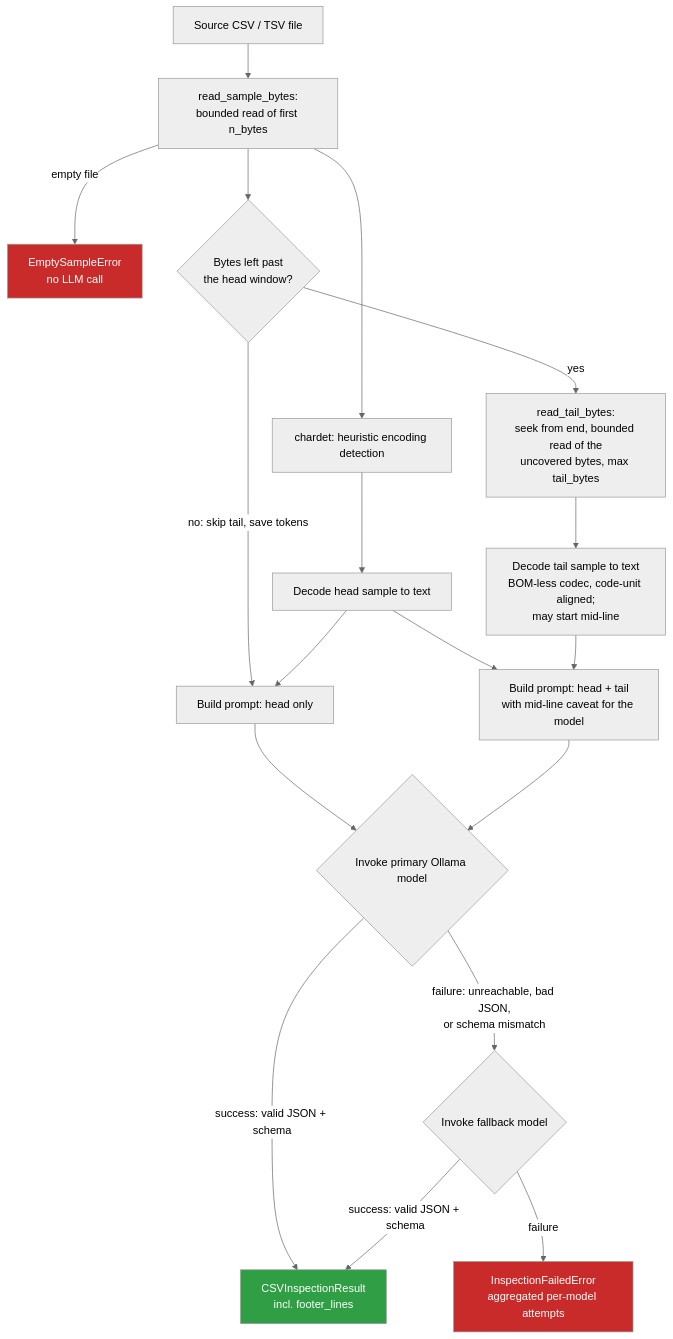
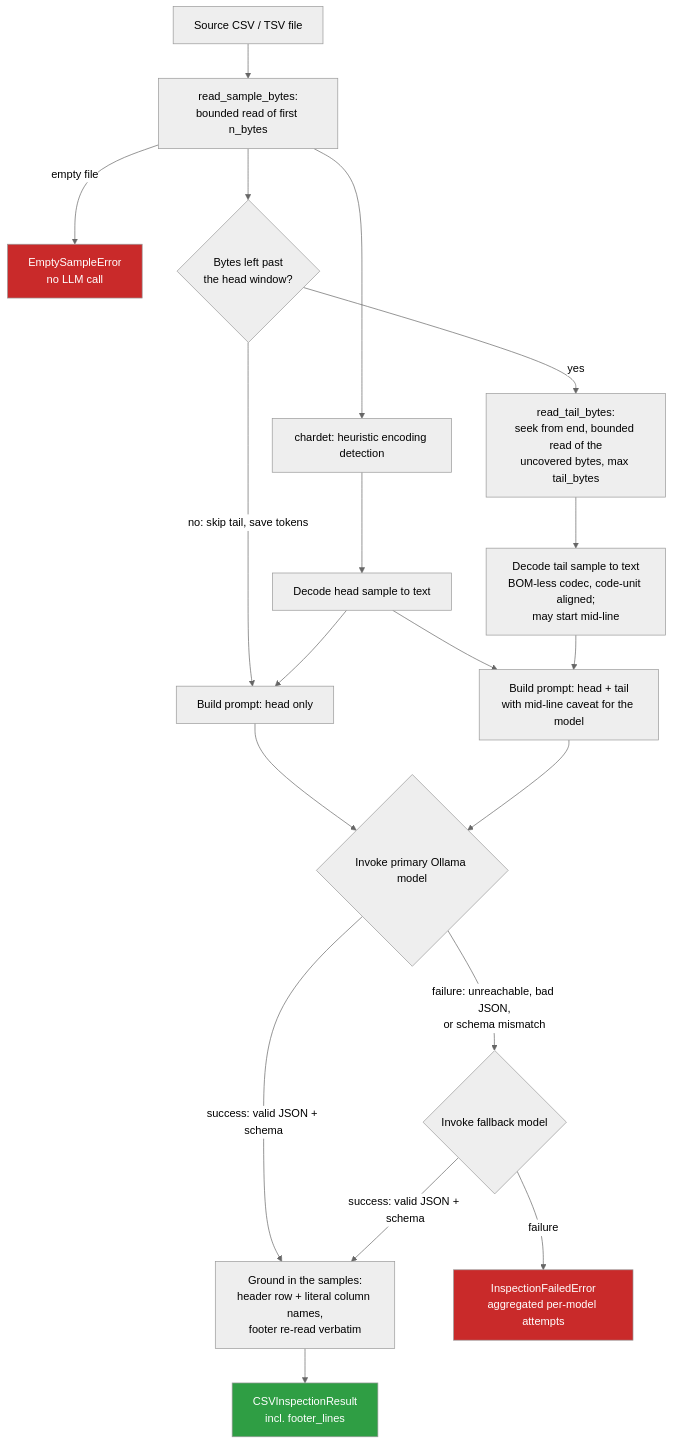
One commit to deluispablo/data-agent-toolkit changed the diagram in README.md. Above: the diagram before and after it, drawn with Mermaid (neutral theme). The commit also changed other lines of this file, not shown here.

First line of the commit message:
Document footer detection, grounding and production-sized fixtures

````diff
--- a/README.md
+++ b/README.md
@@ -89,24 +92,25 @@
 ```mermaid
 flowchart TD
     A[Source CSV / TSV file] --> B[read_sample_bytes:<br/>bounded read of first n_bytes]
     B -->|empty file| X[EmptySampleError<br/>no LLM call]
     B --> C[chardet: heuristic encoding detection]
     C --> D[Decode head sample to text]
     B --> COND{Bytes left past<br/>the head window?}
     COND -->|no: skip tail, save tokens| E1[Build prompt: head only]
     COND -->|yes| T[read_tail_bytes:<br/>seek from end, bounded read of the<br/>uncovered bytes, max tail_bytes]
     T --> T2[Decode tail sample to text<br/>BOM-less codec, code-unit aligned;<br/>may start mid-line]
     D --> E1
     D --> E2[Build prompt: head + tail<br/>with mid-line caveat for the model]
     T2 --> E2
     E1 --> F{Invoke primary Ollama model}
     E2 --> F
-    F -->|success: valid JSON + schema| L[CSVInspectionResult<br/>incl. footer_lines]
+    F -->|success: valid JSON + schema| GR[Ground in the samples:<br/>header row + literal column names,<br/>footer re-read verbatim]
     F -->|failure: unreachable, bad JSON,<br/>or schema mismatch| G{Invoke fallback model}
-    G -->|success: valid JSON + schema| L
+    G -->|success: valid JSON + schema| GR
     G -->|failure| H[InspectionFailedError<br/>aggregated per-model attempts]
+    GR --> L[CSVInspectionResult<br/>incl. footer_lines]
 
     style L fill:#2f9e44,color:#fff
     style H fill:#c92a2a,color:#fff
     style X fill:#c92a2a,color:#fff
 ```
````
